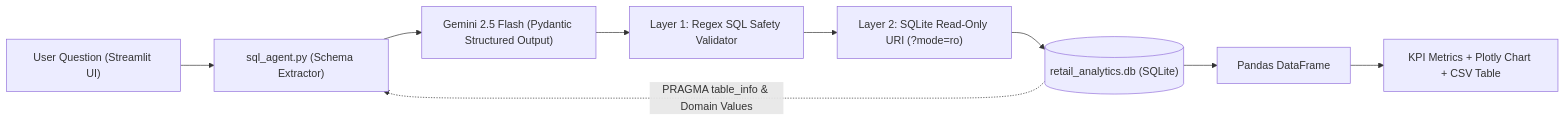
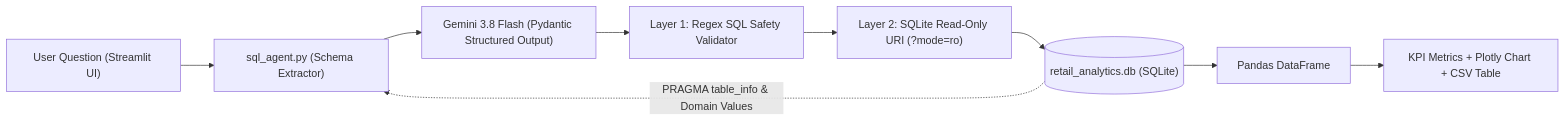
The diagram in README.md (francisconguis/text-to-sql-analytics-copilot), drawn with Mermaid before and after one commit. The commit also changed other lines of this file and 1 other file, not shown here.

Commit message:
Update model to gemini-3.8-flash for current Gemini API compatibility

````diff
--- a/README.md
+++ b/README.md
@@ -9,11 +9,11 @@
 ```mermaid
 flowchart LR
     U["User Question (Streamlit UI)"] --> A["sql_agent.py (Schema Extractor)"]
     DB[("retail_analytics.db (SQLite)")] -. "PRAGMA table_info & Domain Values" .-> A
-    A --> G["Gemini 2.5 Flash (Pydantic Structured Output)"]
+    A --> G["Gemini 3.8 Flash (Pydantic Structured Output)"]
     G --> V["Layer 1: Regex SQL Safety Validator"]
     V --> R["Layer 2: SQLite Read-Only URI (?mode=ro)"]
     R --> DB
     DB --> DF["Pandas DataFrame"]
     DF --> UI["KPI Metrics + Plotly Chart + CSV Table"]
 ```
````
